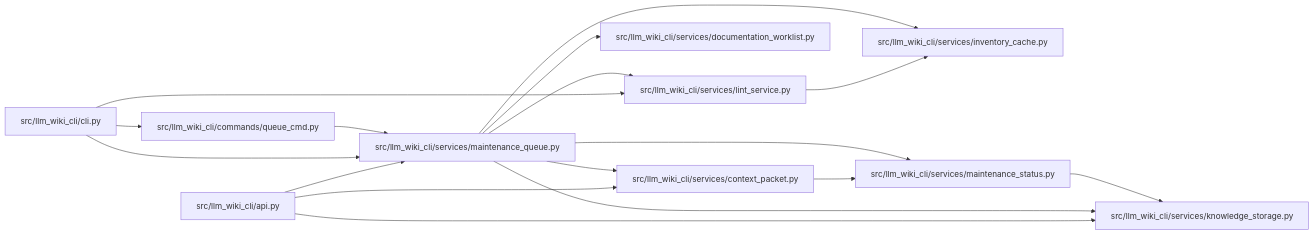
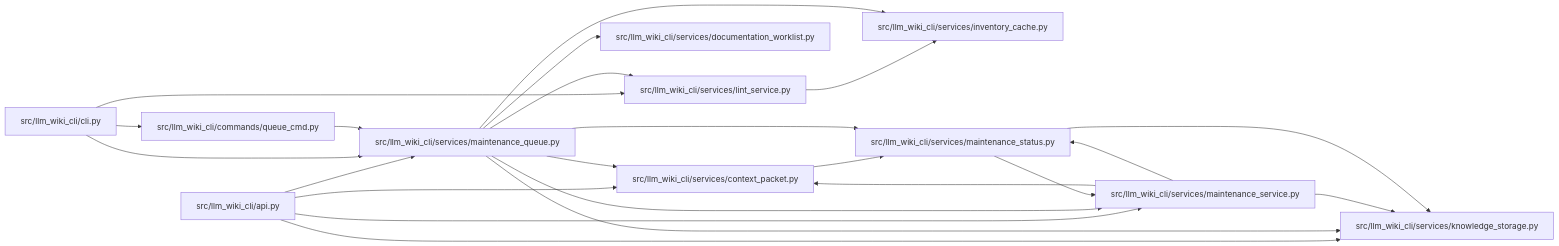
One commit to Denissvgn/python-wiki-llm changed the diagram in docs/llm_wiki/modules/maintenance_queue.md. Above: the diagram before and after it, drawn with Mermaid. The commit also changed other lines of this file and 334 other files, not shown here.

````diff
--- a/docs/llm_wiki/modules/maintenance_queue.md
+++ b/docs/llm_wiki/modules/maintenance_queue.md
@@ -33,39 +42,47 @@
 ```mermaid
 flowchart LR
     n0["src/llm_wiki_cli/api.py"]
     n1["src/llm_wiki_cli/cli.py"]
     n2["src/llm_wiki_cli/commands/queue_cmd.py"]
     n3["src/llm_wiki_cli/services/context_packet.py"]
     n4["src/llm_wiki_cli/services/documentation_worklist.py"]
     n5["src/llm_wiki_cli/services/inventory_cache.py"]
     n6["src/llm_wiki_cli/services/knowledge_storage.py"]
     n7["src/llm_wiki_cli/services/lint_service.py"]
     n8["src/llm_wiki_cli/services/maintenance_queue.py"]
-    n9["src/llm_wiki_cli/services/maintenance_status.py"]
+    n9["src/llm_wiki_cli/services/maintenance_service.py"]
+    n10["src/llm_wiki_cli/services/maintenance_status.py"]
     n0 --> n3
     n0 --> n6
     n0 --> n8
+    n0 --> n9
     n1 --> n2
     n1 --> n7
     n1 --> n8
     n2 --> n8
-    n3 --> n9
+    n3 --> n10
     n7 --> n5
     n8 --> n3
     n8 --> n4
     n8 --> n5
     n8 --> n6
     n8 --> n7
     n8 --> n9
+    n8 --> n10
+    n9 --> n3
     n9 --> n6
+    n9 --> n10
+    n10 --> n6
+    n10 --> n9
     click n0 "../modules/api.md"
     click n1 "../modules/cli.md"
     click n2 "../modules/queue_cmd.md"
     click n3 "../modules/context_packet.md"
     click n4 "../modules/documentation_worklist.md"
     click n5 "../modules/inventory_cache.md"
     click n6 "../modules/knowledge_storage.md"
     click n7 "../modules/lint_service.md"
     click n8 "../modules/maintenance_queue.md"
-    click n9 "../modules/maintenance_status.md"
+    click n9 "../modules/maintenance_service.md"
+    click n10 "../modules/maintenance_status.md"
 ```
````
